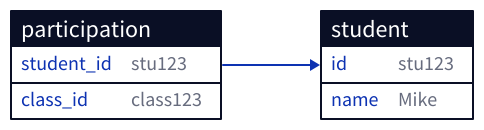
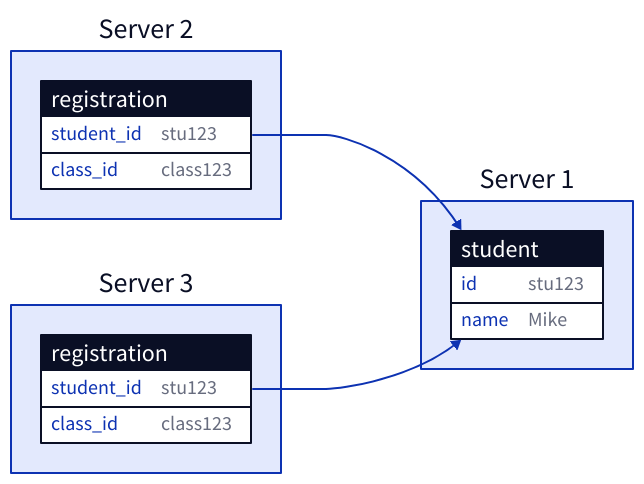
Before and after one commit to link1905/system-design-101: the seventh of 19 diagrams in content/docs/data-persistence/nosql-database.md, drawn with D2. The commit also changed other lines of this file and 49 other files, not shown here.

````diff
--- a/content/docs/data-persistence/nosql-database.md
+++ b/content/docs/data-persistence/nosql-database.md
@@ -228,14 +249,27 @@
 ```d2
 direction: right
-student: {
-    shape: sql_table
-    id: stu123
-    name: Mike
+s1: Server 1 {
+  s: student {
+      shape: sql_table
+      id: stu123
+      name: Mike
+  }
 }
-participation: {
-    shape: sql_table
-    student_id: stu123
-    class_id: class123
+s2: Server 2 {
+  r: registration {
+      shape: sql_table
+      student_id: stu123
+      class_id: class123
+  }
 }
-participation.student_id -> student.id
+
+s3: Server 3 {
+  r: registration {
+      shape: sql_table
+      student_id: stu123
+      class_id: class123
+  }
+}
+s2.r.student_id -> s1.s.id
+s3.r.student_id -> s1.s.id
 ```
````
